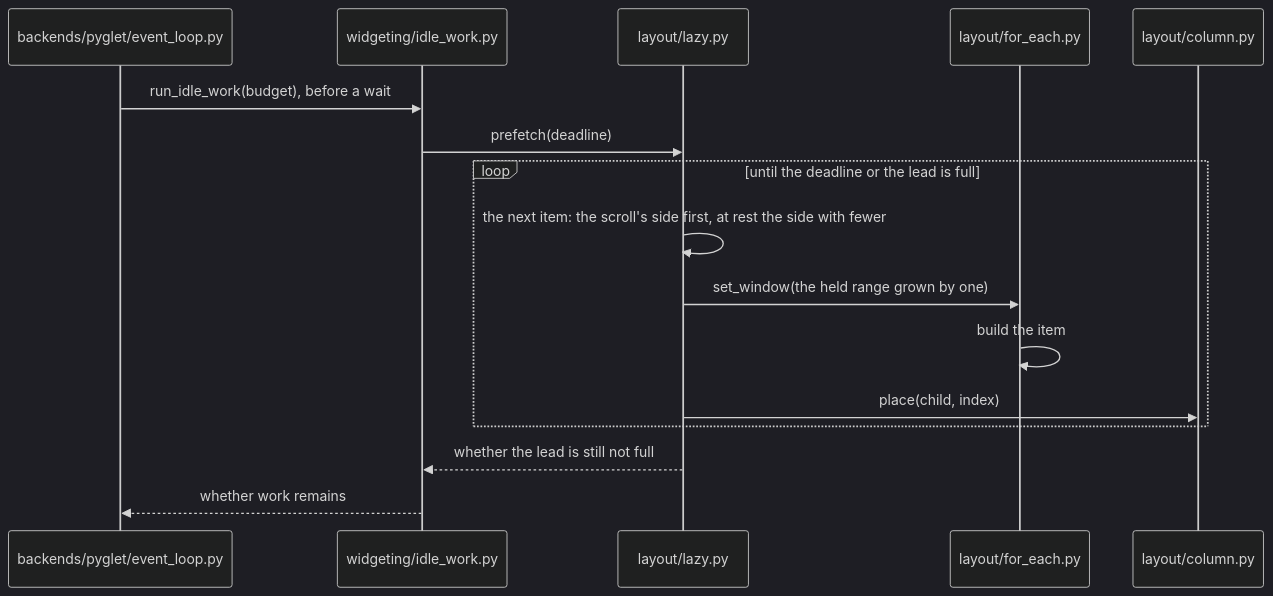
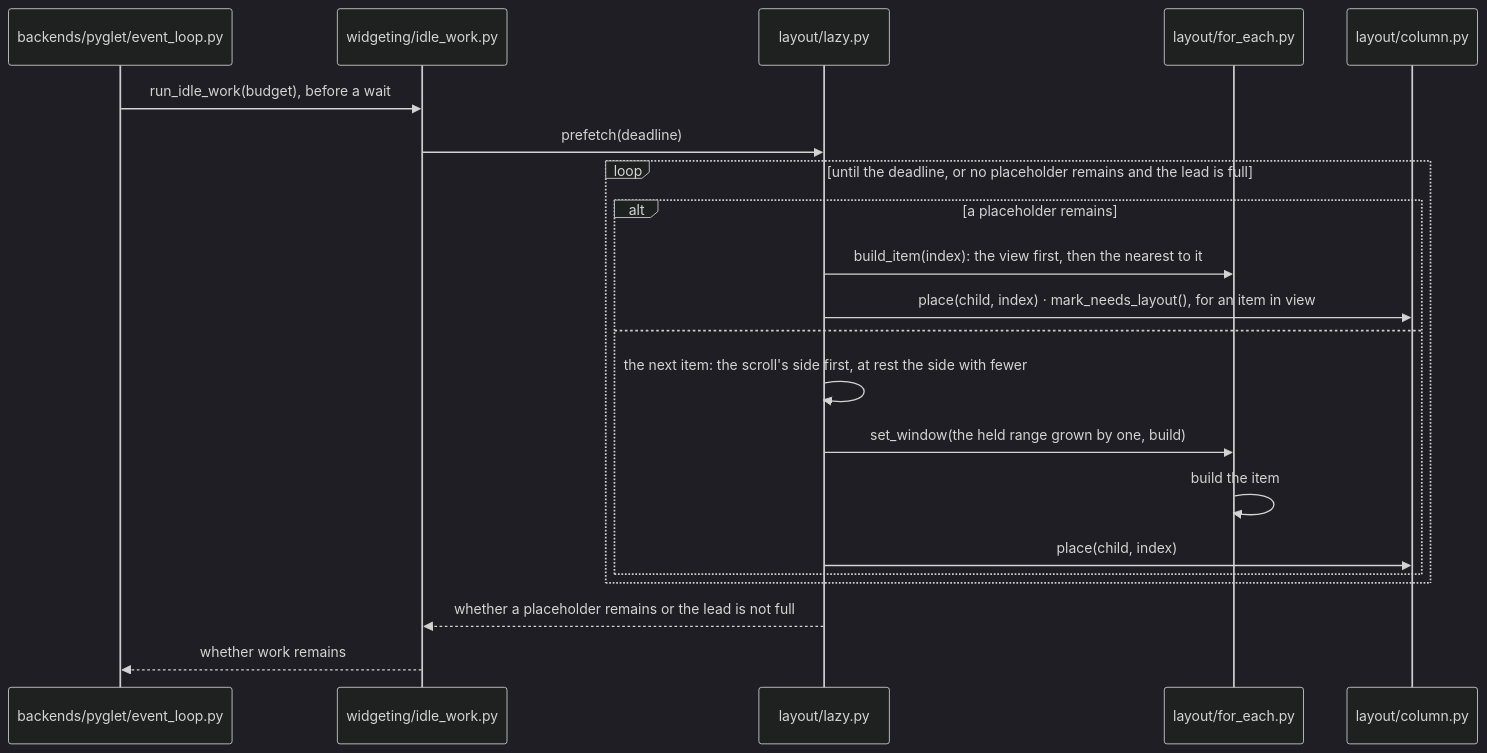
The seventh of 10 diagrams in docs/design/LAYOUT.md (yuksblog/nuiitivet), drawn with Mermaid (dark theme) before and after one commit. The commit also changed other lines of this file and 17 other files, not shown here.

First line of the commit message:
perf(layout): a pass inside a frame builds until a share of the frame has passed

````diff
--- a/docs/design/LAYOUT.md
+++ b/docs/design/LAYOUT.md
@@ -223,19 +232,24 @@
 ```mermaid
 sequenceDiagram
     participant E as backends/pyglet/event_loop.py
     participant I as widgeting/idle_work.py
     participant L as layout/lazy.py
     participant F as layout/for_each.py
     participant C as layout/column.py
 
     E->>I: run_idle_work(budget), before a wait
     I->>L: prefetch(deadline)
-    loop until the deadline or the lead is full
-        L->>L: the next item: the scroll's side first, at rest the side with fewer
-        L->>F: set_window(the held range grown by one)
-        F->>F: build the item
-        L->>C: place(child, index)
+    loop until the deadline, or no placeholder remains and the lead is full
+        alt a placeholder remains
+            L->>F: build_item(index): the view first, then the nearest to it
+            L->>C: place(child, index) · mark_needs_layout(), for an item in view
+        else
+            L->>L: the next item: the scroll's side first, at rest the side with fewer
+            L->>F: set_window(the held range grown by one, build)
+            F->>F: build the item
+            L->>C: place(child, index)
+        end
     end
-    L-->>I: whether the lead is still not full
+    L-->>I: whether a placeholder remains or the lead is not full
     I-->>E: whether work remains
 ```
````
